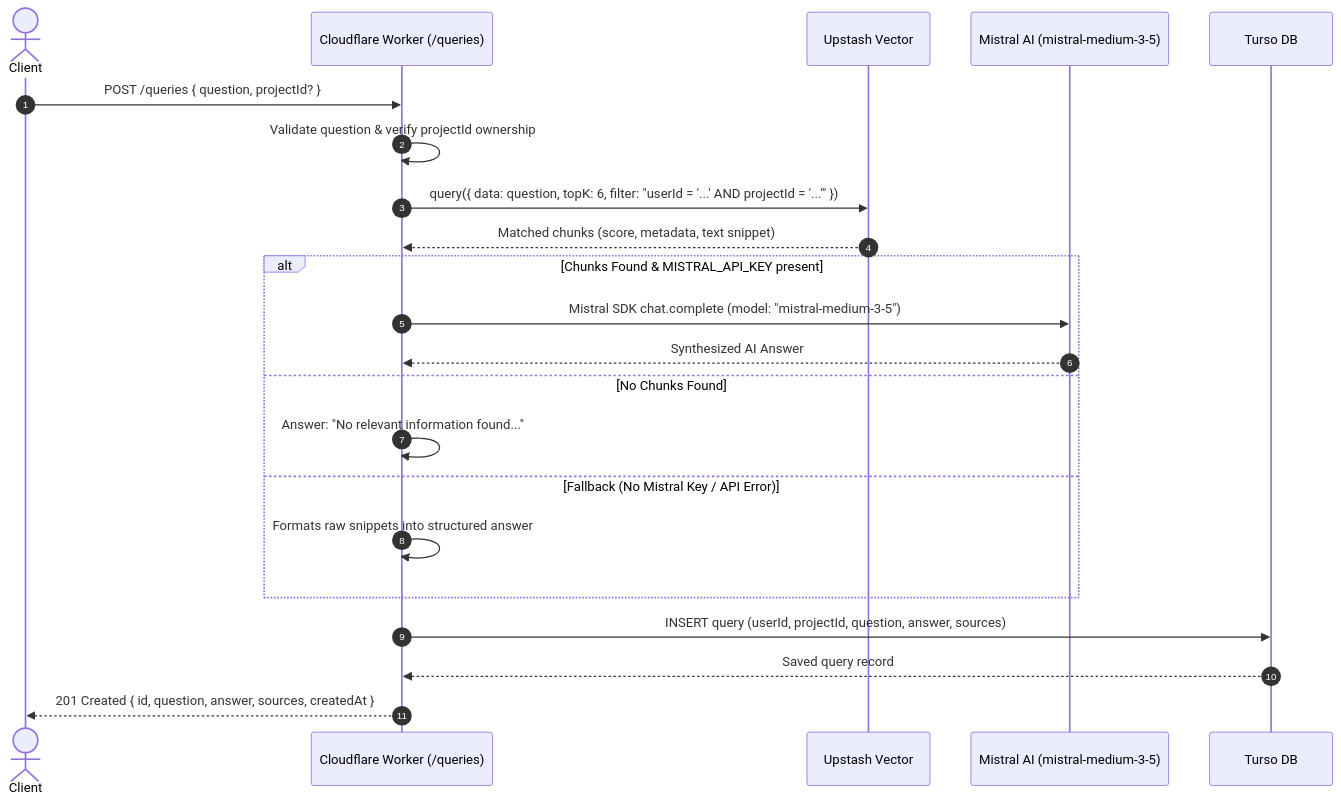
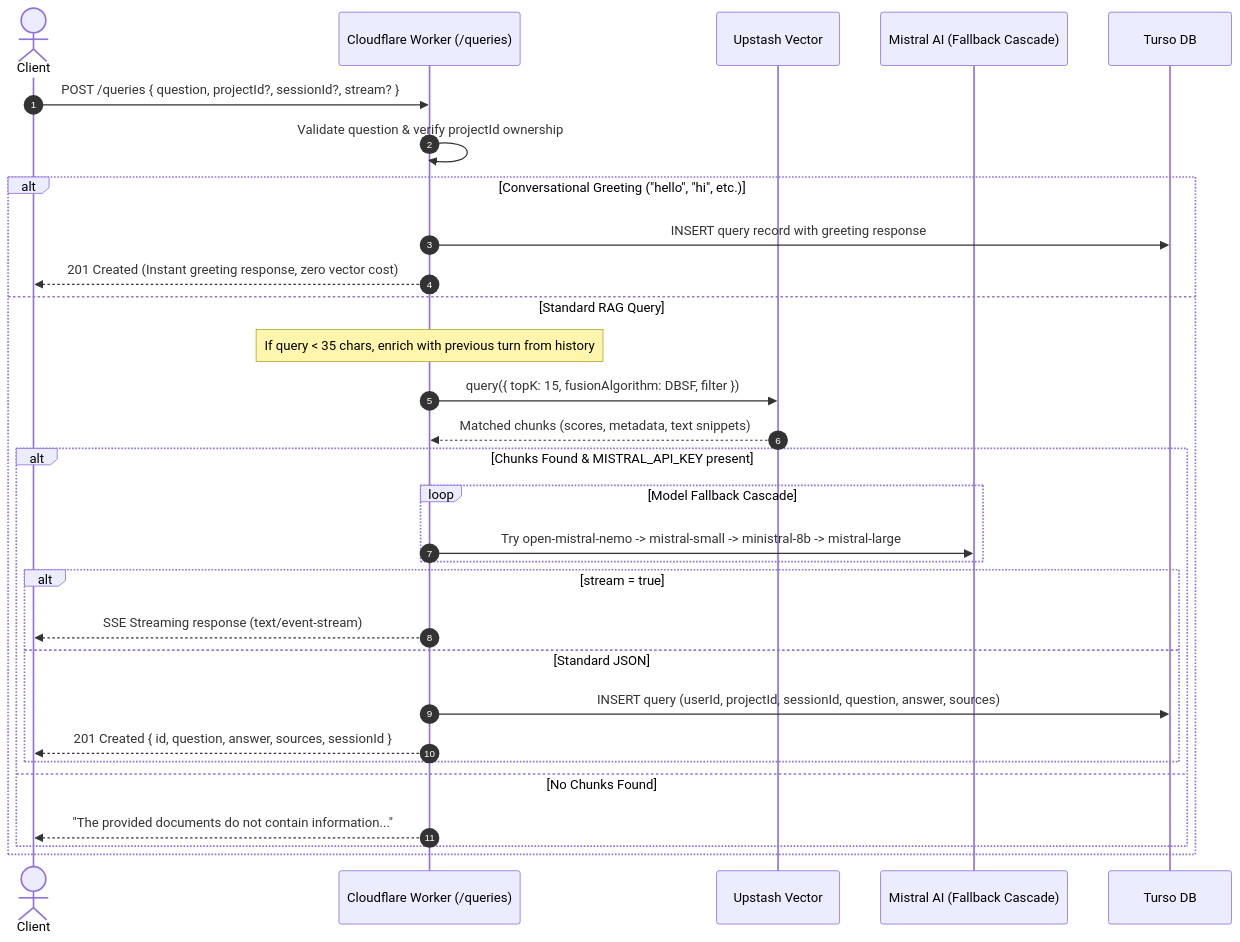
Before and after one commit to BasavarajMuttagi/file-sense-worker: the fourth of 5 diagrams in ARCHITECTURE.md, drawn with Mermaid. The commit also changed other lines of this file, not shown here.

Commit message:
docs: update architecture documentation to reflect hybrid search, ephemeral boxes, query sessions, and test suite structure

````diff
--- a/ARCHITECTURE.md
+++ b/ARCHITECTURE.md
@@ -261,31 +296,39 @@
 ```mermaid
 sequenceDiagram
     autonumber
     actor Client
     participant Worker as Cloudflare Worker (/queries)
     participant Upstash as Upstash Vector
-    participant Mistral as Mistral AI (mistral-medium-3-5)
+    participant Mistral as Mistral AI (Fallback Cascade)
     participant Turso as Turso DB
 
-    Client->>Worker: POST /queries { question, projectId? }
+    Client->>Worker: POST /queries { question, projectId?, sessionId?, stream? }
     Worker->>Worker: Validate question & verify projectId ownership
 
-    %% Vector Search
-    Worker->>Upstash: query({ data: question, topK: 6, filter: "userId = '...' AND projectId = '...'" })
-    Upstash-->>Worker: Matched chunks (score, metadata, text snippet)
+    alt Conversational Greeting ("hello", "hi", etc.)
+        Worker->>Turso: INSERT query record with greeting response
+        Worker-->>Client: 201 Created (Instant greeting response, zero vector cost)
+    else Standard RAG Query
+        %% Short-query enrichment
+        Note over Worker: If query < 35 chars, enrich with previous turn from history
 
-    %% LLM Synthesis
-    alt Chunks Found & MISTRAL_API_KEY present
-        Worker->>Mistral: Mistral SDK chat.complete (model: "mistral-medium-3-5")
-        Mistral-->>Worker: Synthesized AI Answer
-    else No Chunks Found
-        Worker->>Worker: Answer: "No relevant information found..."
-    else Fallback (No Mistral Key / API Error)
-        Worker->>Worker: Formats raw snippets into structured answer
+        %% Hybrid Vector Search
+        Worker->>Upstash: query({ topK: 15, fusionAlgorithm: DBSF, filter })
+        Upstash-->>Worker: Matched chunks (scores, metadata, text snippets)
+
+        %% Multi-Model LLM Synthesis
+        alt Chunks Found & MISTRAL_API_KEY present
+            loop Model Fallback Cascade
+                Worker->>Mistral: Try open-mistral-nemo -> mistral-small -> ministral-8b -> mistral-large
+            end
+            alt stream = true
+                Worker-->>Client: SSE Streaming response (text/event-stream)
+            else Standard JSON
+                Worker->>Turso: INSERT query (userId, projectId, sessionId, question, answer, sources)
+                Worker-->>Client: 201 Created { id, question, answer, sources, sessionId }
+            end
+        else No Chunks Found
+            Worker-->>Client: "The provided documents do not contain information..."
+        end
     end
-
-    %% Persistence
-    Worker->>Turso: INSERT query (userId, projectId, question, answer, sources)
-    Turso-->>Worker: Saved query record
-    Worker-->>Client: 201 Created { id, question, answer, sources, createdAt }
 ```
````
